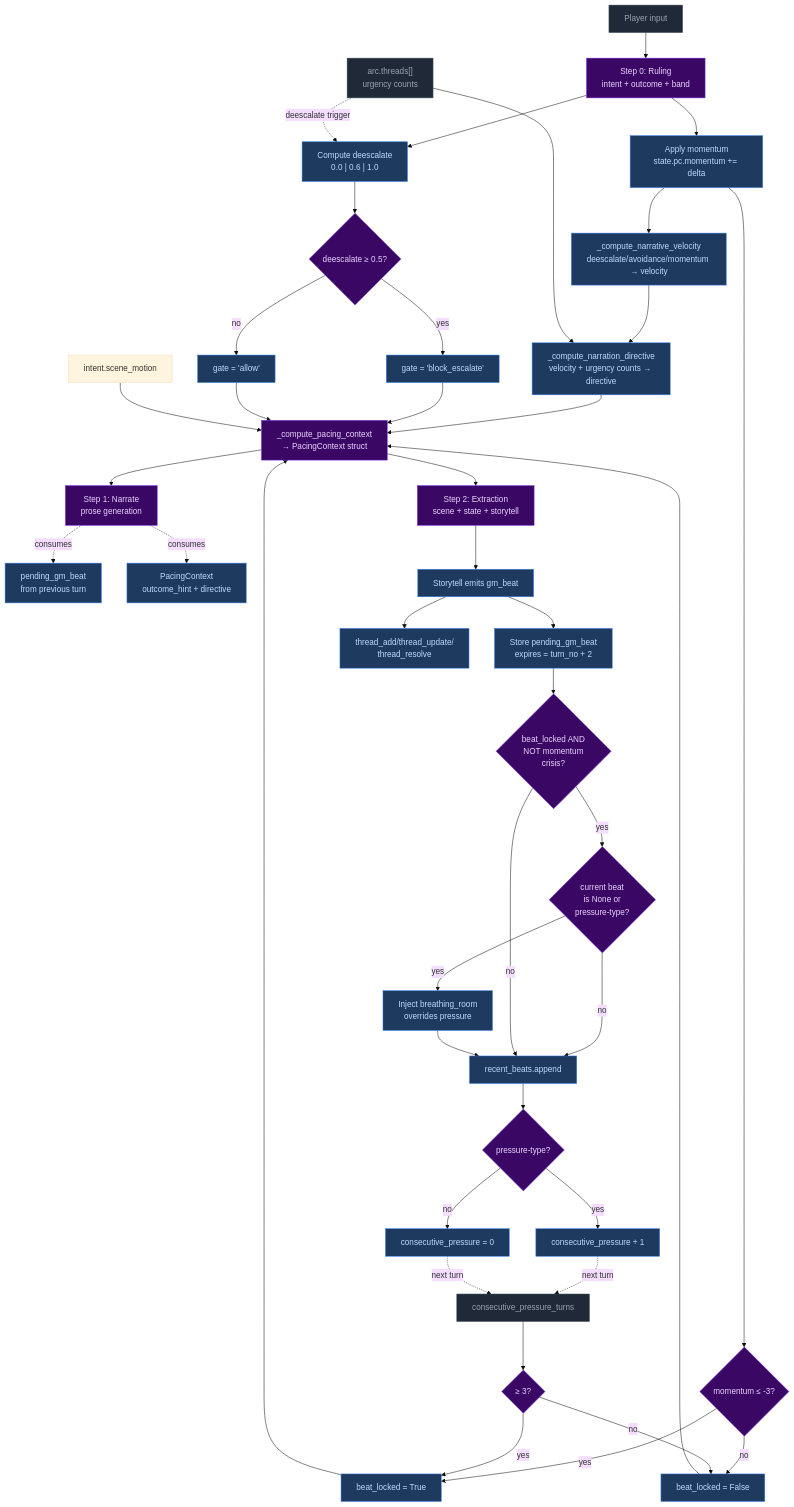
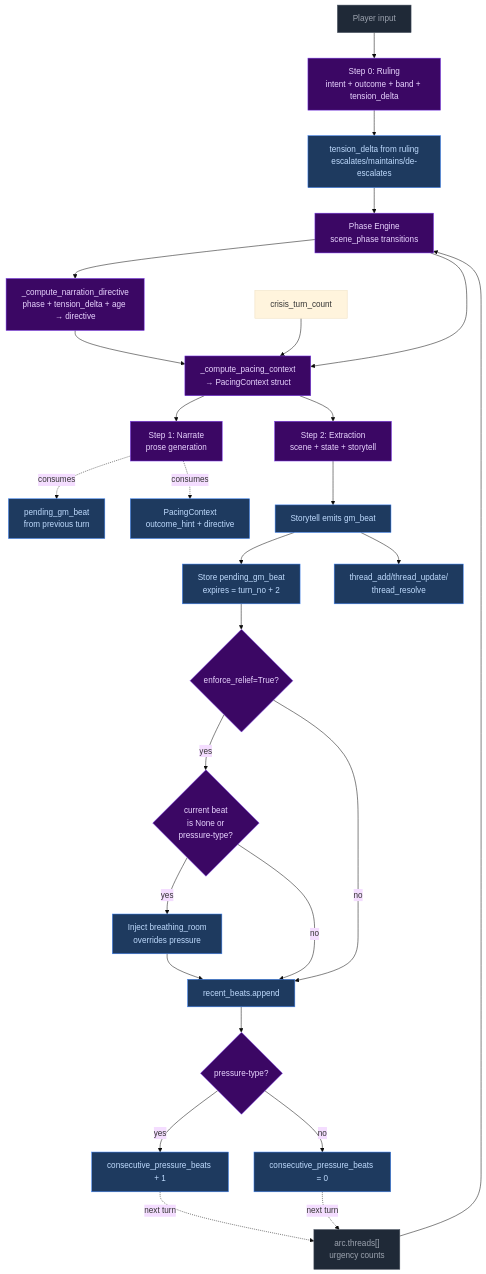
One commit to pww217/fablethread changed the seventh of 7 diagrams in docs/architecture/pacing-systems.md. Above: the diagram before and after it, drawn with Mermaid (base theme). The commit also changed other lines of this file and 23 other files, not shown here.

````diff
--- a/docs/architecture/pacing-systems.md
+++ b/docs/architecture/pacing-systems.md
@@ -346,61 +285,49 @@
 ```mermaid
 flowchart TD
     classDef input fill:#1f2937,color:#9ca3af,stroke:#4b5563
     classDef decision fill:#3b0764,color:#e9d5ff,stroke:#7c3aed
     classDef output fill:#1e3a5f,color:#bfdbfe,stroke:#3b82f6
     classDef system fill:#3b0764,color:#e9d5ff,stroke:#7c3aed,strokeWidth:2px
 
-    INPUT["Player input"]:::input --> RULING["Step 0: Ruling<br>intent + outcome + band"]:::system
+    INPUT["Player input"]:::input --> RULING["Step 0: Ruling<br>intent + outcome + band + tension_delta"]:::system
 
-    RULING --> MOM["Apply momentum<br>state.pc.momentum += delta"]:::output
-    RULING --> DEE["Compute deescalate<br>0.0 | 0.6 | 1.0"]:::output
+    RULING --> TD["tension_delta from ruling<br>escalates/maintains/de-escalates"]:::output
 
-    MOM --> VEL["_compute_narrative_velocity<br>deescalate/avoidance/momentum → velocity"]:::output
-    MOM --> BL1{"momentum ≤ -3?"}:::decision
-    BL1 -- yes --> BL2["beat_locked = True"]:::output
-    BL1 -- no --> BL3["beat_locked = False"]:::output
+    TD --> PHASE["Phase Engine<br>scene_phase transitions"]:::system
 
-    DEE --> GATE{"deescalate ≥ 0.5?"}:::decision
-    GATE -- yes --> G2["gate = 'block_escalate'"]:::output
-    GATE -- no --> G3["gate = 'allow'"]:::output
+    THREADS["arc.threads[]<br>urgency counts"]:::input --> PHASE
 
-    VEL --> DIR["_compute_narration_directive<br>velocity + urgency counts → directive"]:::output
+    PHASE --> DIR["_compute_narration_directive<br>phase + tension_delta + age → directive"]:::system
 
-    THREADS["arc.threads[]<br>urgency counts"]:::input --> DIR
-    THREADS -. "deescalate trigger" .-> DEE
-
-    PRESS["consecutive_pressure_turns"]:::input --> BL4{"≥ 3?"}:::decision
-    BL4 -- yes --> BL2
-    BL4 -- no --> BL3
-
-    DIR & BL2 & BL3 & G2 & G3 & SM["intent.scene_motion"] --> PC["_compute_pacing_context<br>→ PacingContext struct"]:::system
+    PHASE & DIR & CTC["crisis_turn_count"] --> PC["_compute_pacing_context<br>→ PacingContext struct"]:::system
 
     PC --> NARRATE["Step 1: Narrate<br>prose generation"]:::system
     PC --> EXTRACTION["Step 2: Extraction<br>scene + state + storytell"]:::system
 
     NARRATE -. "consumes" .-> N_GM["pending_gm_beat<br>from previous turn"]:::output
     NARRATE -. "consumes" .-> N_PC["PacingContext<br>outcome_hint + directive"]:::output
 
     EXTRACTION --> STORYLLM["Storytell emits gm_beat"]:::output
     STORYLLM --> BEAT_STORE["Store pending_gm_beat<br>expires = turn_no + 2"]:::output
     STORYLLM --> THREADS2["thread_add/thread_update/<br>thread_resolve"]:::output
 
-    BEAT_STORE --> FLOOR{"beat_locked AND<br>NOT momentum<br>crisis?"}:::decision
-    FLOOR -- yes --> OVR{"current beat<br>is None or<br>pressure-type?"}:::decision
+    BEAT_STORE --> RELIEF{"enforce_relief=True?"}:::decision
+    RELIEF -- yes --> OVR{"current beat<br>is None or<br>pressure-type?"}:::decision
     OVR -- yes --> FLOOR_OUT["Inject breathing_room<br>overrides pressure"]:::output
     OVR -- no --> HISTORY["recent_beats.append"]:::output
-    FLOOR -- no --> HISTORY
+    RELIEF -- no --> HISTORY
     FLOOR_OUT --> HISTORY
 
     HISTORY --> COUNTER{"pressure-type?"}:::decision
-    COUNTER -- yes --> INC["consecutive_pressure + 1"]:::output
-    COUNTER -- no --> RESET["consecutive_pressure = 0"]:::output
+    COUNTER -- yes --> INC["consecutive_pressure_beats + 1"]:::output
+    COUNTER -- no --> RESET["consecutive_pressure_beats = 0"]:::output
 
-    INC -. "next turn" .-> PRESS
-    RESET -. "next turn" .-> PRESS
+    INC -. "next turn" .-> THREADS
+    RESET -. "next turn" .-> THREADS
 
     style RULING fill:#3b0764,color:#e9d5ff,stroke:#7c3aed,strokeWidth:2px
+    style PHASE fill:#3b0764,color:#e9d5ff,stroke:#7c3aed,strokeWidth:2px
     style PC fill:#3b0764,color:#e9d5ff,stroke:#7c3aed,strokeWidth:2px
     style NARRATE fill:#3b0764,color:#e9d5ff,stroke:#7c3aed,strokeWidth:2px
     style EXTRACTION fill:#3b0764,color:#e9d5ff,stroke:#7c3aed,strokeWidth:2px
 ```
````
